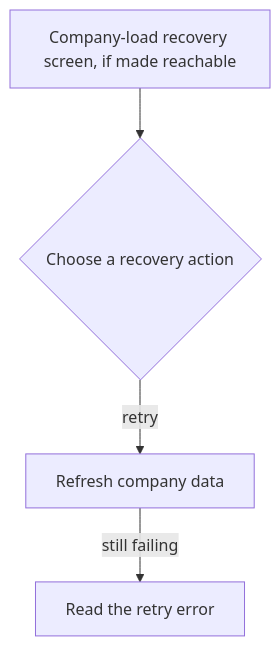
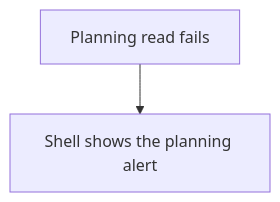
Before and after one commit to Kevinjohn/capacitylens: the first of 2 diagrams in user-stories/navigation/US-NAV-20-account-load-recovery.md, drawn with Mermaid. The commit also changed other lines of this file and 14 other files, not shown here.

First line of the commit message:
refactor(frontend): delete the unreachable company-load recovery screen

````diff
--- a/user-stories/navigation/US-NAV-20-account-load-recovery.md
+++ b/user-stories/navigation/US-NAV-20-account-load-recovery.md
@@ -23,6 +23,4 @@
 ```mermaid
 flowchart TD
-A["Company-load recovery screen, if made reachable"] --> B{"Choose a recovery action"}
-B -->|retry| C["Refresh company data"]
-C -->|still failing| D["Read the retry error"]
+A["Planning read fails"] --> B["Shell shows the planning alert"]
 ```
````
